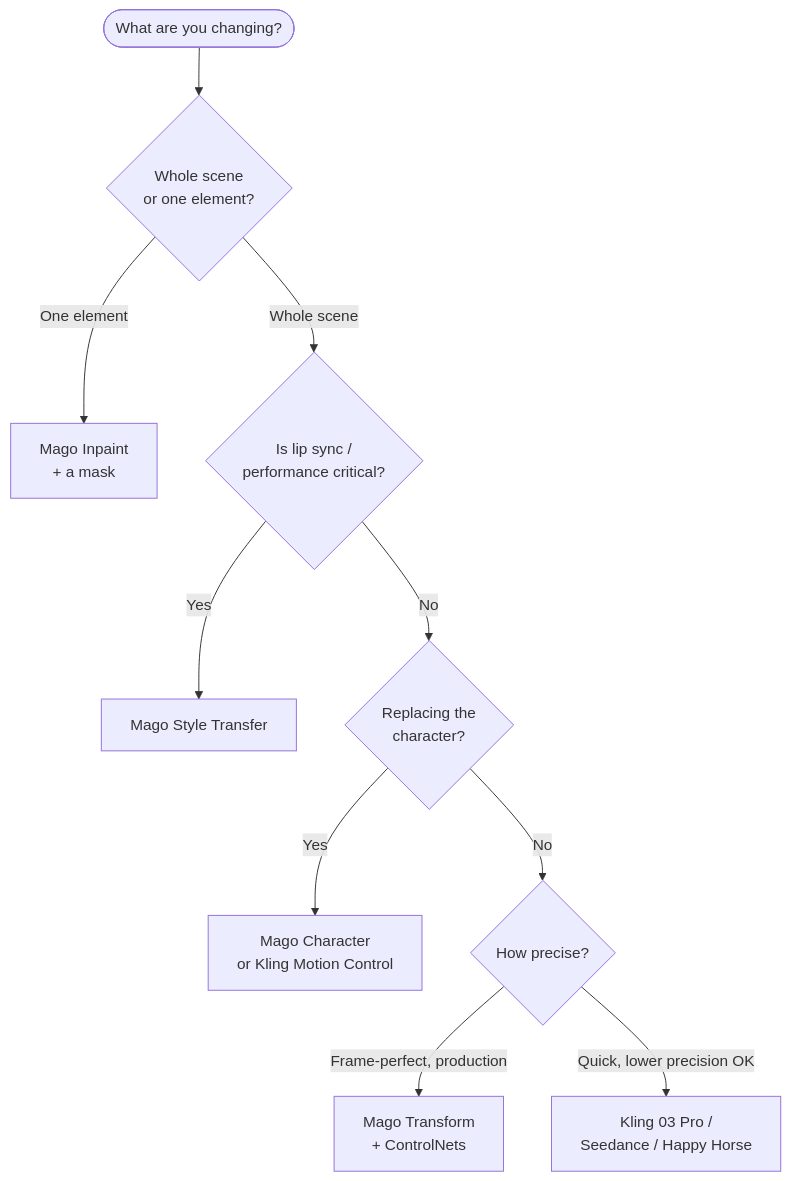
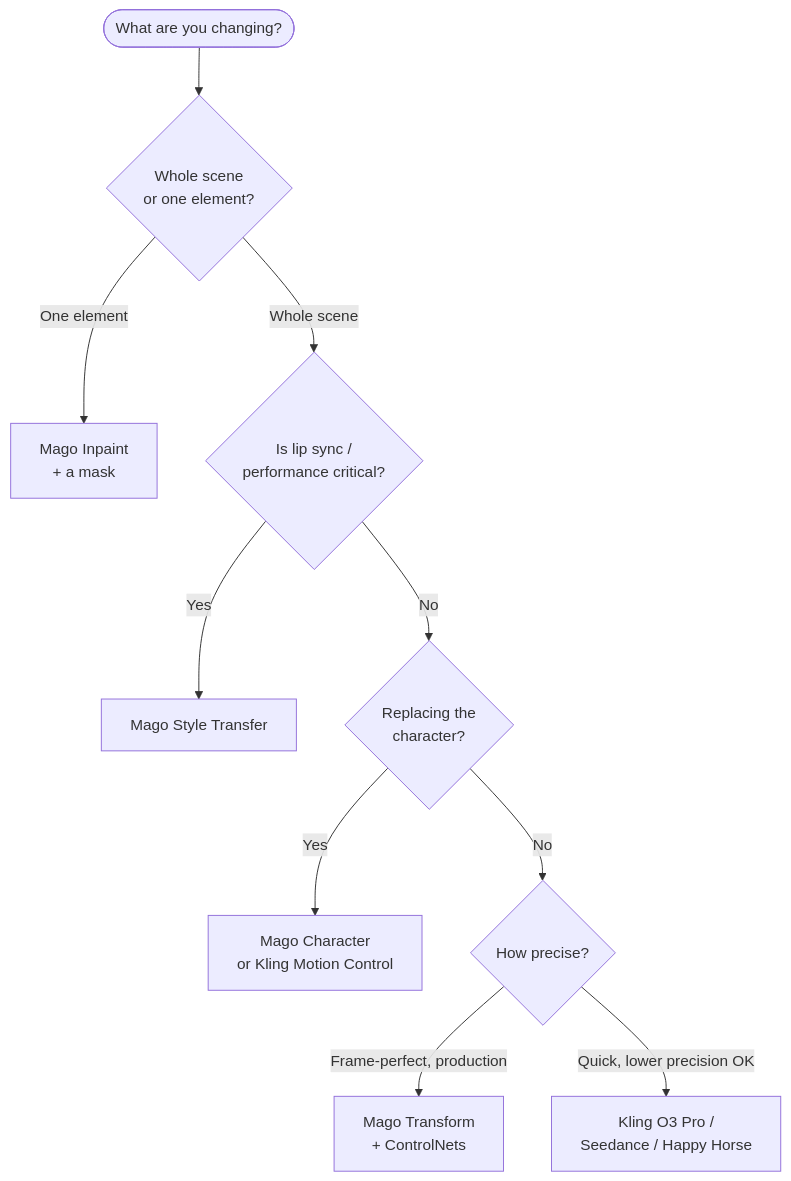
The diagram in models/overview.md (MagoStudio/MagoGuide), drawn with Mermaid before and after one commit. The commit also changed other lines of this file and 19 other files, not shown here.

````diff
--- a/models/overview.md
+++ b/models/overview.md
@@ -46,12 +64,12 @@
 ```mermaid
 flowchart TD
   Start([What are you changing?]) --> Whole{Whole scene<br/>or one element?}
   Whole -->|One element| Inpaint[Mago Inpaint<br/>+ a mask]
   Whole -->|Whole scene| Perf{Is lip sync /<br/>performance critical?}
   Perf -->|Yes| Style[Mago Style Transfer]
   Perf -->|No| Char{Replacing the<br/>character?}
   Char -->|Yes| CharModel[Mago Character<br/>or Kling Motion Control]
   Char -->|No| Precision{How precise?}
   Precision -->|Frame-perfect, production| Transform[Mago Transform<br/>+ ControlNets]
-  Precision -->|Quick, lower precision OK| Closed[Kling 03 Pro /<br/>Seedance / Happy Horse]
+  Precision -->|Quick, lower precision OK| Closed[Kling O3 Pro /<br/>Seedance / Happy Horse]
 ```
````
